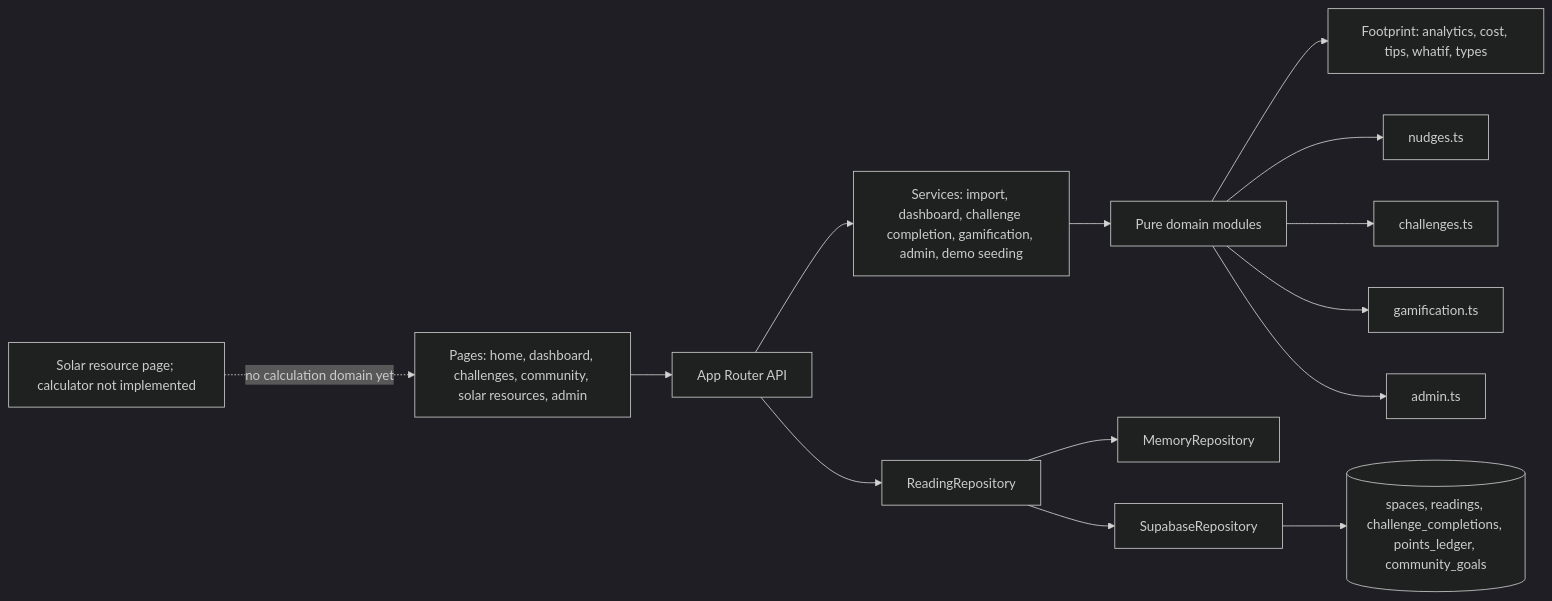
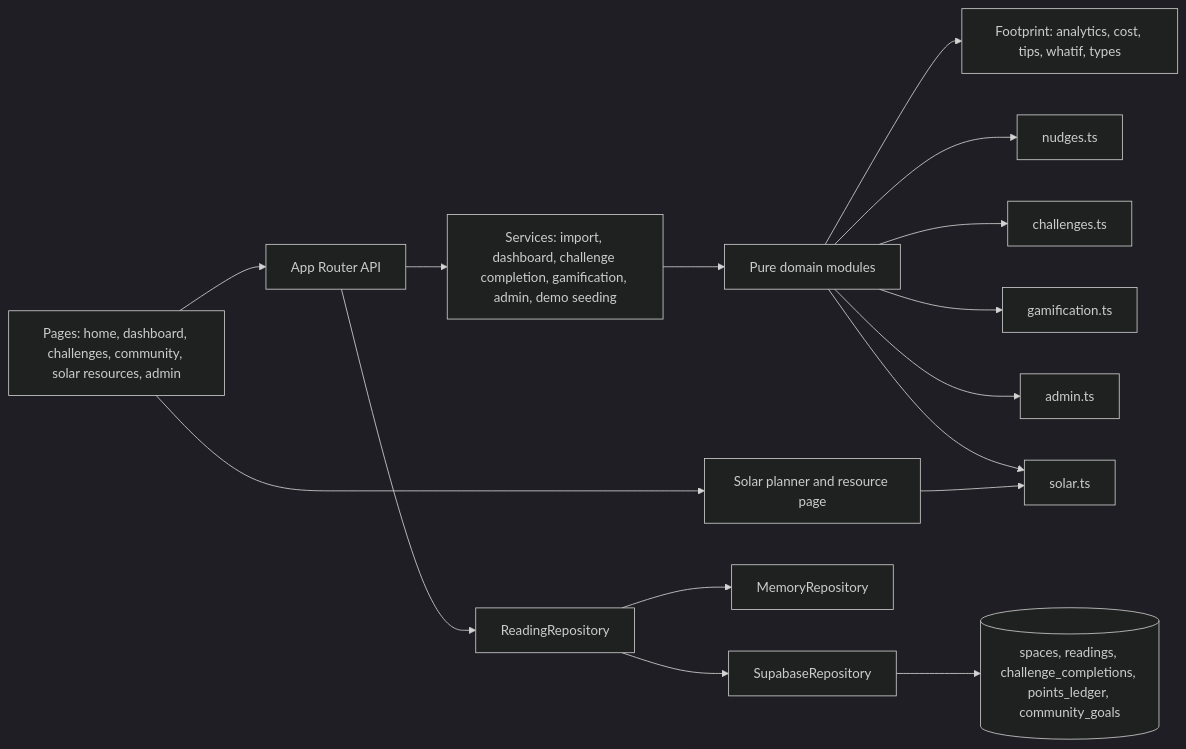
One commit to harsh773988/Wattwise changed the diagram in docs/REPORT.md. Above: the diagram before and after it, drawn with Mermaid (dark theme). The commit also changed other lines of this file and 7 other files, not shown here.

Commit message:
Add rooftop solar planner and remove unused OpenWeather placeholder

````diff
--- a/docs/REPORT.md
+++ b/docs/REPORT.md
@@ -13,16 +13,18 @@
 ```mermaid
 flowchart LR
   UI["Pages: home, dashboard, challenges, community, solar resources, admin"] --> API["App Router API"]
   API --> SVC["Services: import, dashboard, challenge completion, gamification, admin, demo seeding"]
   SVC --> DOM["Pure domain modules"]
   DOM --> FOOTPRINT["Footprint: analytics, cost, tips, whatif, types"]
   DOM --> NUDGES["nudges.ts"]
   DOM --> CHALLENGES["challenges.ts"]
   DOM --> GAMIFICATION["gamification.ts"]
   DOM --> ADMIN["admin.ts"]
-  SOLAR["Solar resource page; calculator not implemented"] -. no calculation domain yet .-> UI
+  DOM --> SOLAR_DOMAIN["solar.ts"]
+  UI --> SOLAR["Solar planner and resource page"]
+  SOLAR --> SOLAR_DOMAIN
   API --> REPO["ReadingRepository"]
   REPO --> MEM["MemoryRepository"]
   REPO --> SB["SupabaseRepository"]
   SB --> DB[("spaces, readings, challenge_completions, points_ledger, community_goals")]
 ```
````
